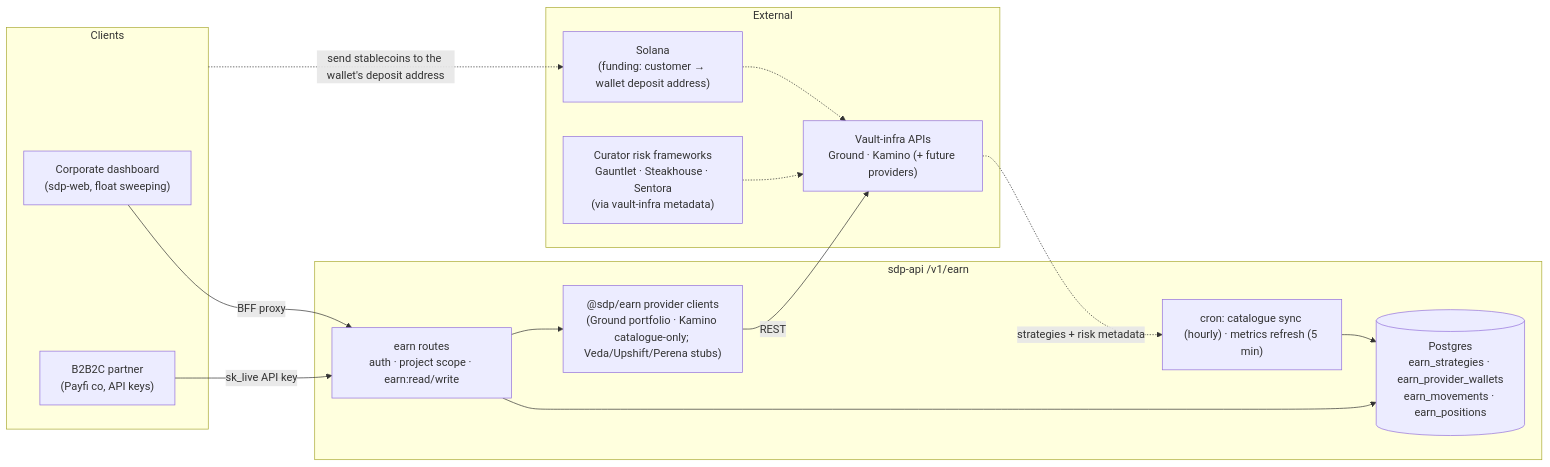
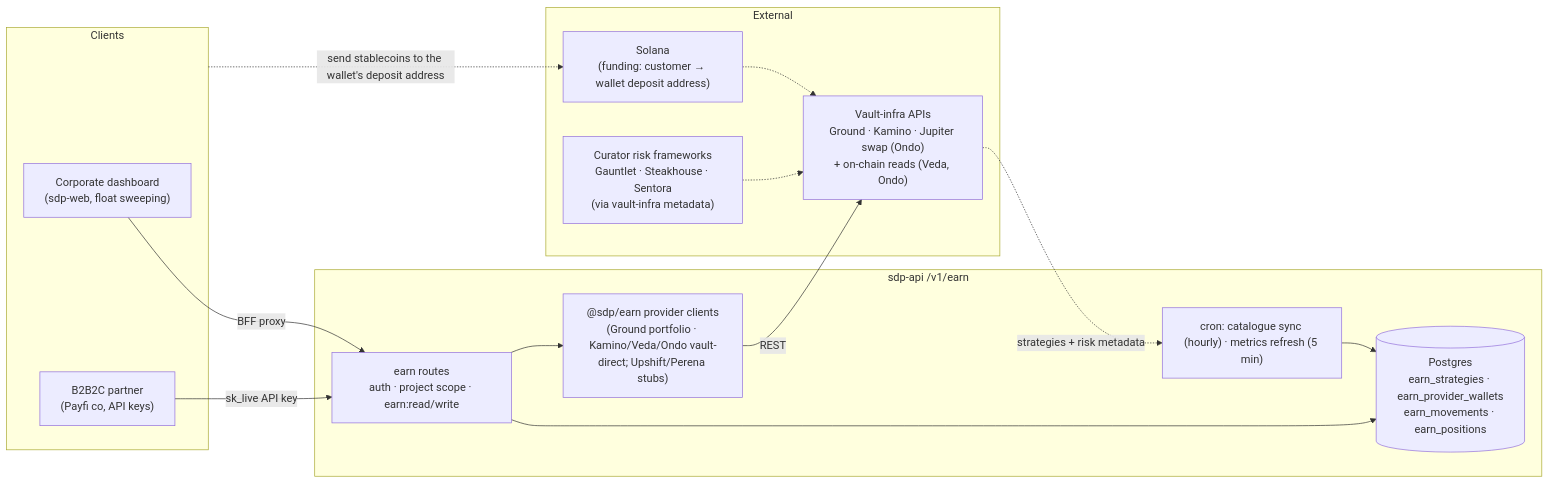
Before and after one commit to solana-foundation/solana-developer-platform: the first of 2 diagrams in docs/architecture/earn-v1-data-flow.md, drawn with Mermaid. The commit also changed other lines of this file and 3 other files, not shown here.

First line of the commit message:
docs(earn): record the provider-registration steps the Ondo pass surfaced

````diff
--- a/docs/architecture/earn-v1-data-flow.md
+++ b/docs/architecture/earn-v1-data-flow.md
@@ -15,31 +15,31 @@
 ```mermaid
 flowchart LR
     subgraph Clients
         DASH["Corporate dashboard<br/>(sdp-web, float sweeping)"]
         PARTNER["B2B2C partner<br/>(Payfi co, API keys)"]
     end
 
     subgraph SDP["sdp-api  /v1/earn"]
         ROUTES["earn routes<br/>auth · project scope · earn:read/write"]
-        SVC["@sdp/earn provider clients<br/>(Ground portfolio · Kamino catalogue-only; Veda/Upshift/Perena stubs)"]
+        SVC["@sdp/earn provider clients<br/>(Ground portfolio · Kamino/Veda/Ondo vault-direct; Upshift/Perena stubs)"]
         DB[("Postgres<br/>earn_strategies · earn_provider_wallets<br/>earn_movements · earn_positions")]
         CRON["cron: catalogue sync (hourly) · metrics refresh (5 min)"]
     end
 
     subgraph External
-        VAULT["Vault-infra APIs<br/>Ground · Kamino (+ future providers)"]
+        VAULT["Vault-infra APIs<br/>Ground · Kamino · Jupiter swap (Ondo)<br/>+ on-chain reads (Veda, Ondo)"]
         CHAIN["Solana<br/>(funding: customer → wallet deposit address)"]
         CURATOR["Curator risk frameworks<br/>Gauntlet · Steakhouse · Sentora<br/>(via vault-infra metadata)"]
     end
 
     DASH -->|BFF proxy| ROUTES
     PARTNER -->|sk_live API key| ROUTES
     ROUTES --> DB
     ROUTES --> SVC
     SVC -->|REST| VAULT
     VAULT -.->|strategies + risk metadata| CRON
     CURATOR -.-> VAULT
     CRON --> DB
     Clients -.->|send stablecoins to the wallet's deposit address| CHAIN
     CHAIN -.-> VAULT
 ```
````
